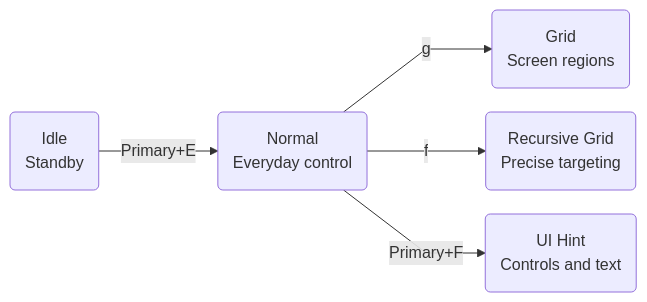
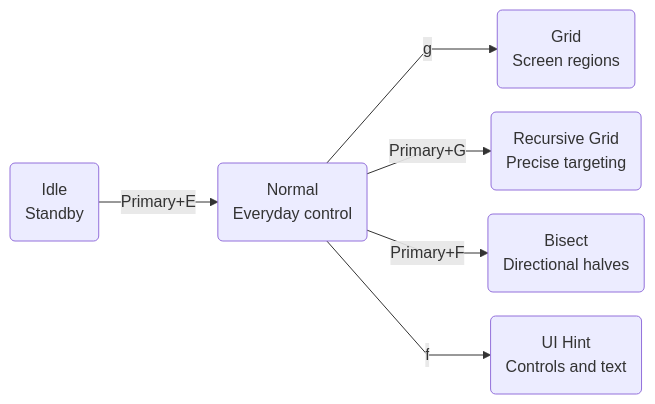
One commit to Net-zen/KeySteer changed the diagram in docs/en/modes/index.md. Above: the diagram before and after it, drawn with Mermaid. The commit also changed other lines of this file and 94 other files, not shown here.

Commit message:
Add Bisect mode and platform fixes

````diff
--- a/docs/en/modes/index.md
+++ b/docs/en/modes/index.md
@@ -5,26 +5,29 @@
 ```mermaid
 ---
 config:
     layout: dagre
     look: classic
     flowchart:
         curve: linear
         nodeSpacing: 24
         rankSpacing: 44
 ---
 flowchart LR
     idle("Idle<br/>Standby"):::mode-step
     normal("Normal<br/>Everyday control"):::mode-primary
     grid("Grid<br/>Screen regions"):::mode-step
     rg("Recursive Grid<br/>Precise targeting"):::mode-step
+    bs("Bisect<br/>Directional halves"):::mode-step
     ui("UI Hint<br/>Controls and text"):::mode-step
     idle -->|"Primary+E"| normal
     normal -->|g| grid
-    normal -->|f| rg
-    normal -->|"Primary+F"| ui
+    normal -->|"Primary+G"| rg
+    normal -->|"Primary+F"| bs
+    normal -->|f| ui
     class idle diagram-blue
     class normal diagram-violet
     class grid diagram-green
     class rg diagram-amber
+    class bs diagram-amber
     class ui diagram-rose
 ```
````
